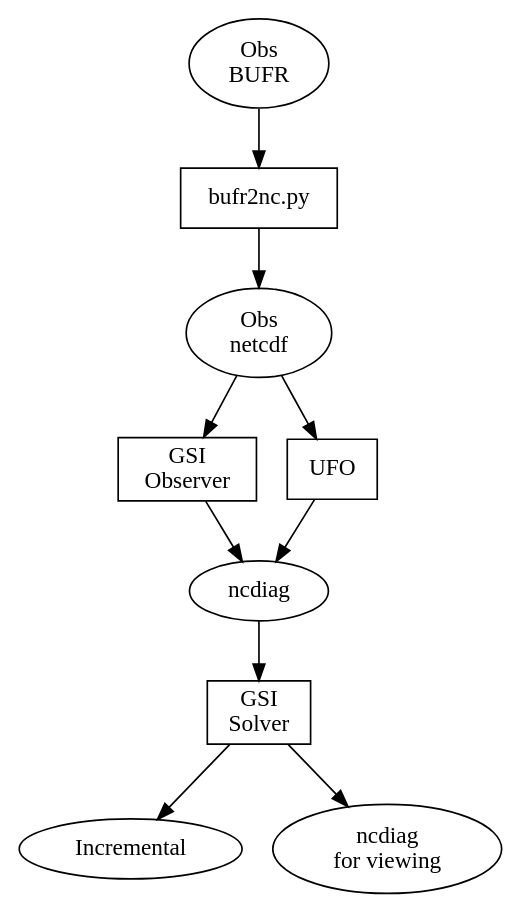
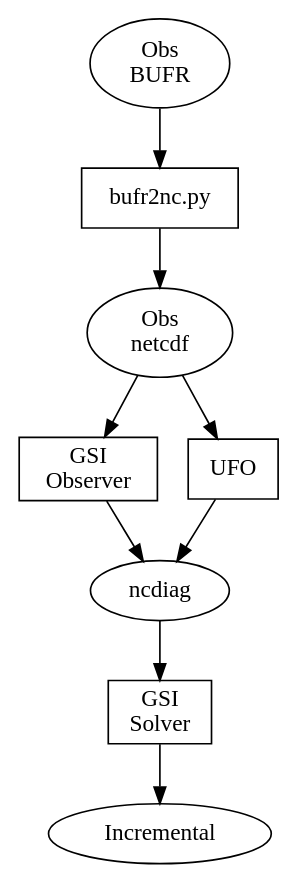
The diagram in IODA/big_picture_now.gv (srherbener/my-diagrams), drawn with Graphviz before and after one commit. The commit also changed 2 other files, not shown here.

Commit message:
Got the JEDI/IODA big picture diagrams completed.

```diff
--- a/IODA/big_picture_now.gv
+++ b/IODA/big_picture_now.gv
@@ -1,19 +1,17 @@
 digraph NcdiagFlow
   {
   obs_bufr [ shape=ellipse, label="Obs\nBUFR" ];
   obs_nc   [ shape=ellipse, label="Obs\nnetcdf" ];
   ncd      [ shape=ellipse, label="ncdiag" ];
   incr     [ shape=ellipse, label="Incremental" ];
-  ncd_view [ shape=ellipse, label="ncdiag\nfor viewing" ];
   
 
   b2nc     [ shape=box, label="bufr2nc.py" ];
   gsi_obs  [ shape=box, label="GSI\nObserver" ];
   gsi_sol  [ shape=box, label="GSI\nSolver" ];
   ufo      [ shape=box, label="UFO" ];
 
   obs_bufr -> b2nc -> obs_nc -> gsi_obs -> ncd -> gsi_sol -> incr;
-  gsi_sol -> ncd_view;
 
   obs_nc -> ufo -> ncd;
   }
```
